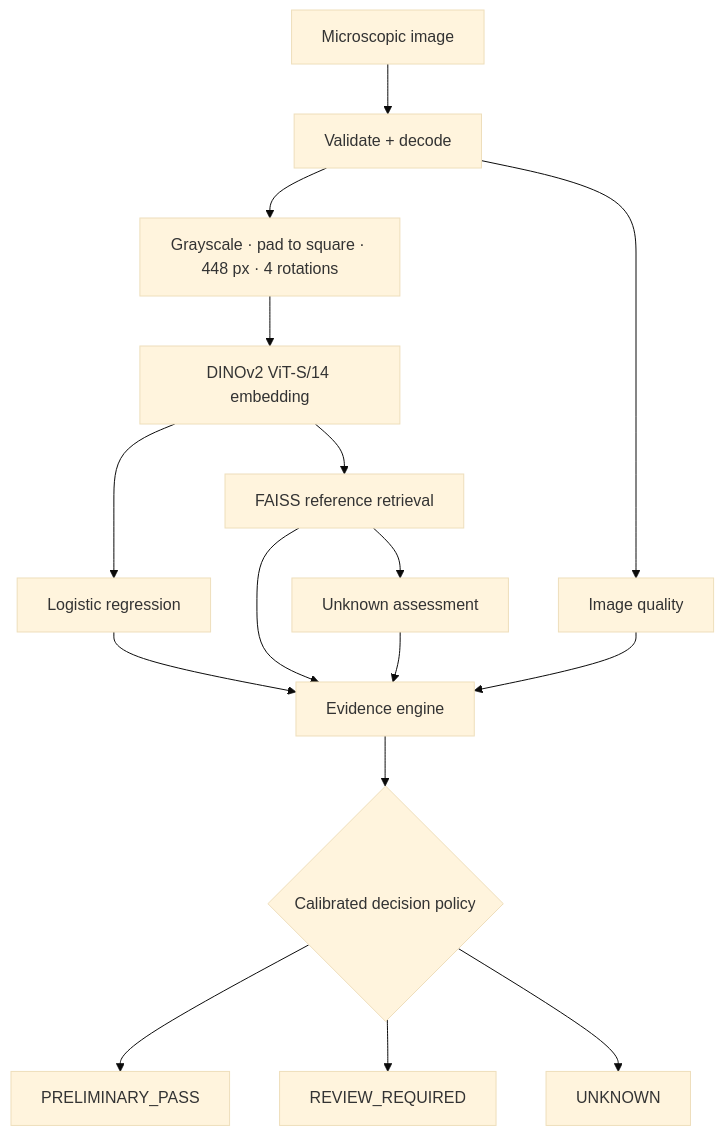
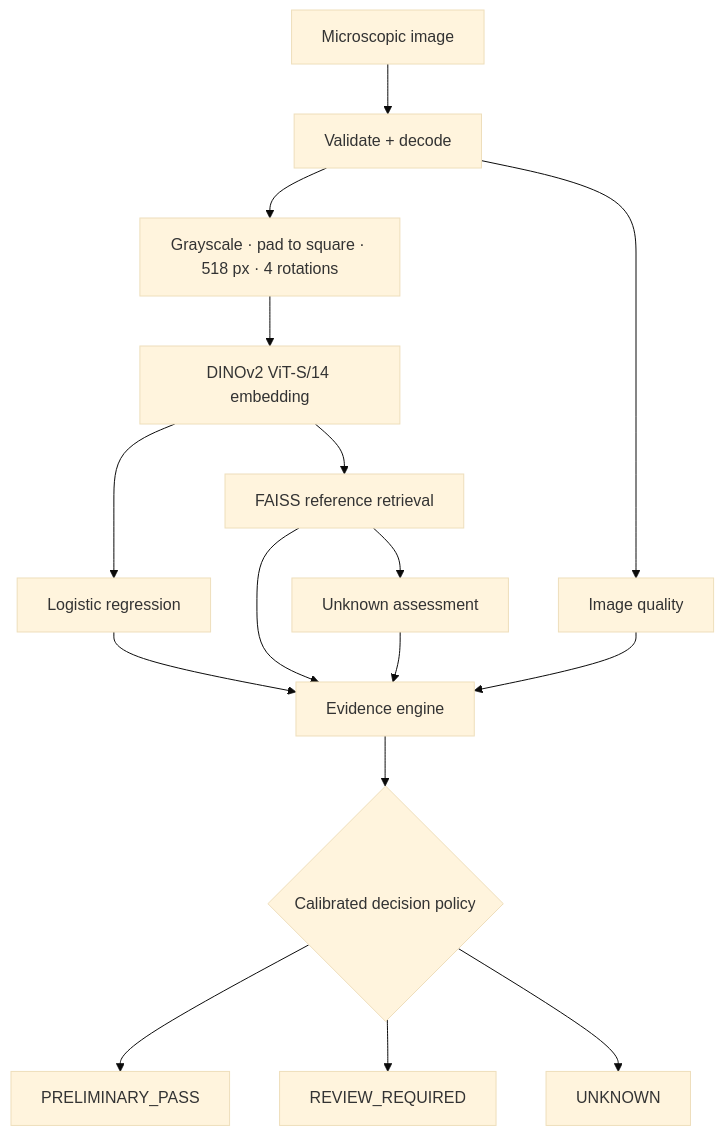
One commit to gowtham472/herbascope changed the diagram in README.md. Above: the diagram before and after it, drawn with Mermaid (base theme). The commit also changed other lines of this file and 5 other files, not shown here.

````diff
--- a/README.md
+++ b/README.md
@@ -37,18 +37,18 @@
 ```mermaid
 flowchart TD
     IMG[Microscopic image] --> VAL[Validate + decode]
     VAL --> Q[Image quality]
-    VAL --> PRE[Grayscale · pad to square · 448 px · 4 rotations]
+    VAL --> PRE[Grayscale · pad to square · 518 px · 4 rotations]
     PRE --> ENC[DINOv2 ViT-S/14 embedding]
     ENC --> CLS[Logistic regression]
     ENC --> RET[FAISS reference retrieval]
     RET --> UNK[Unknown assessment]
     CLS --> EVD[Evidence engine]
     RET --> EVD
     UNK --> EVD
     Q --> EVD
     EVD --> DEC{Calibrated decision policy}
     DEC --> P[PRELIMINARY_PASS]
     DEC --> R[REVIEW_REQUIRED]
     DEC --> U[UNKNOWN]
 ```
````
